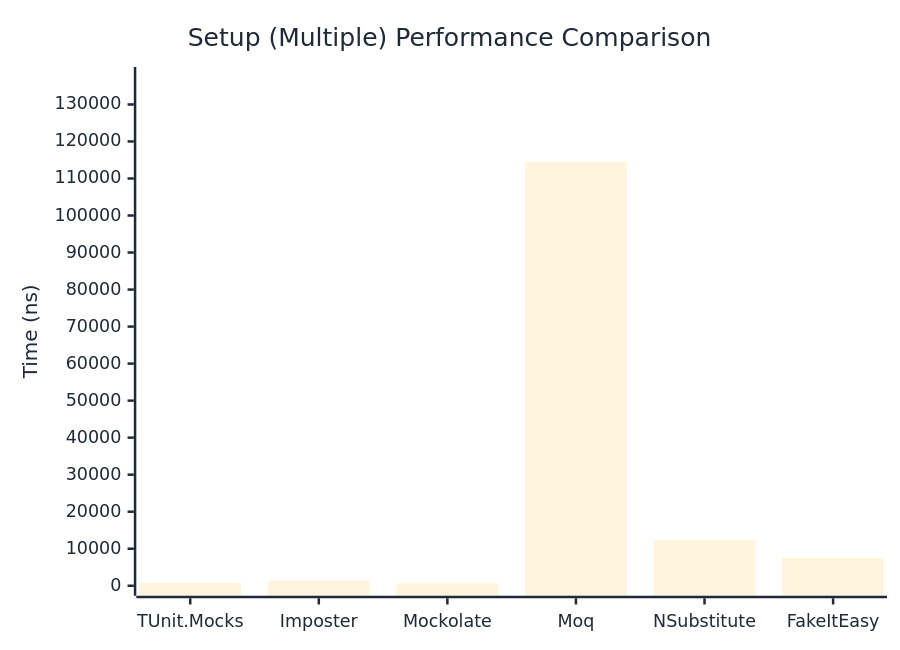
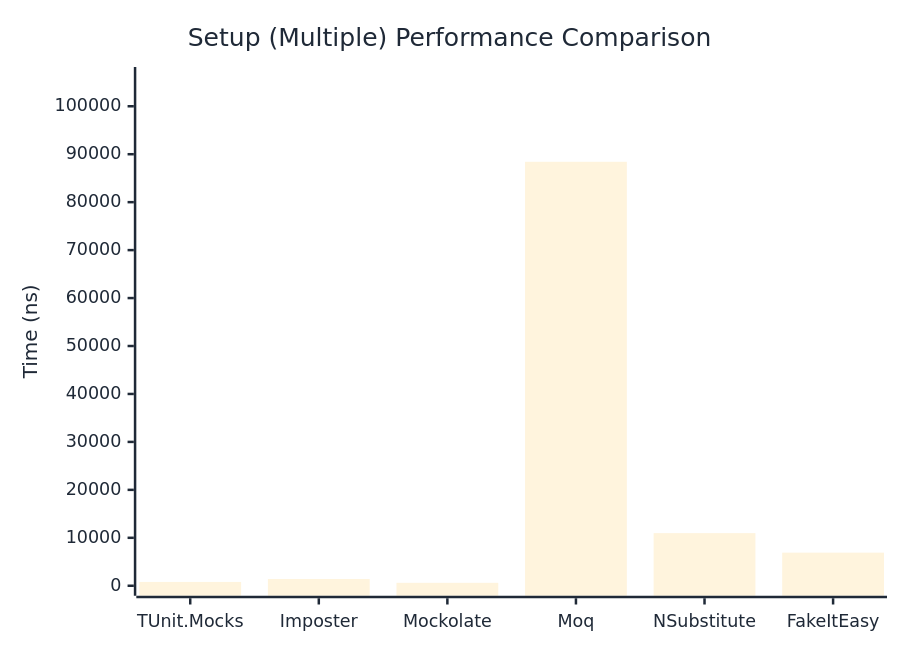
Before and after one commit to thomhurst/TUnit: the second of 2 diagrams in docs/docs/benchmarks/mocks/Setup.md, drawn with Mermaid. The commit also changed other lines of this file and 14 other files, not shown here.

````diff
--- a/docs/docs/benchmarks/mocks/Setup.md
+++ b/docs/docs/benchmarks/mocks/Setup.md
@@ -71,27 +71,27 @@
 ```mermaid
 %%{init: {
   'theme':'base',
   'themeVariables': {
     'primaryColor': '#2563eb',
     'primaryTextColor': '#1f2937',
     'primaryBorderColor': '#1e40af',
     'lineColor': '#6b7280',
     'secondaryColor': '#7c3aed',
     'tertiaryColor': '#dc2626',
     'background': '#ffffff',
     'pie1': '#2563eb',
     'pie2': '#7c3aed',
     'pie3': '#dc2626',
     'pie4': '#f59e0b',
     'pie5': '#10b981',
     'pie6': '#06b6d4',
     'pie7': '#ec4899',
     'pie8': '#6366f1'
   }
 }}%%
 xychart-beta
   title "Setup (Multiple) Performance Comparison"
   x-axis ["TUnit.Mocks", "Imposter", "Mockolate", "Moq", "NSubstitute", "FakeItEasy"]
-  y-axis "Time (ns)" 0 --> 137415
-  bar [782.8, 1369.2, 604.8, 114511.8, 12382.4, 7480.3]
+  y-axis "Time (ns)" 0 --> 106104
+  bar [795.3, 1407.5, 613, 88420, 10975.5, 6901.6]
 ```
````
